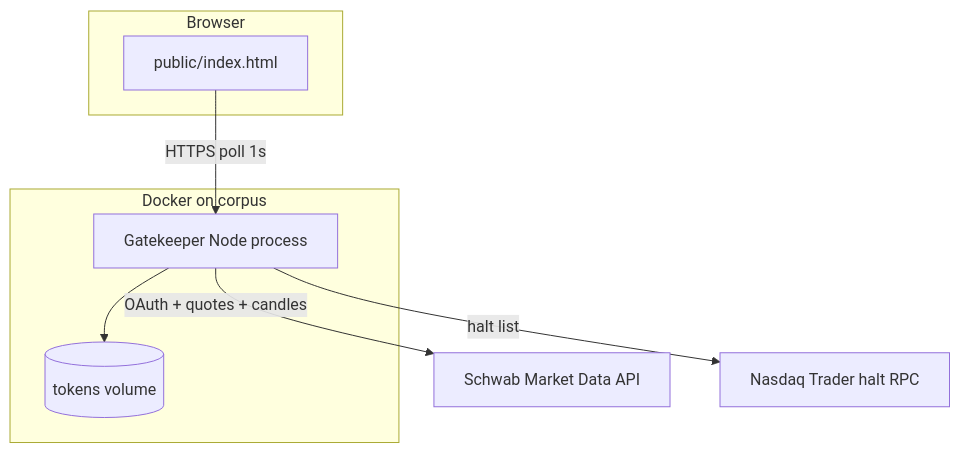
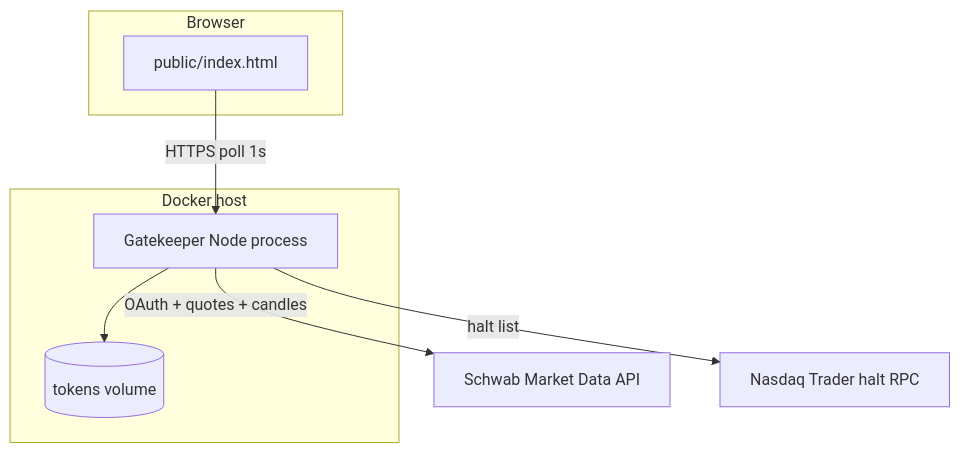
The first of 2 diagrams in TECHNICAL_OVERVIEW.md (Arkesion/GateKeeper), drawn with Mermaid before and after one commit. The commit also changed other lines of this file and 3 other files, not shown here.

````diff
--- a/TECHNICAL_OVERVIEW.md
+++ b/TECHNICAL_OVERVIEW.md
@@ -41,16 +40,16 @@
 ```mermaid
 flowchart TB
   subgraph client [Browser]
     UI[public/index.html]
   end
-  subgraph host [Docker on corpus]
+  subgraph host [Docker host]
     GK[Gatekeeper Node process]
     Vol[(tokens volume)]
   end
   Schwab[Schwab Market Data API]
   Nasdaq[Nasdaq Trader halt RPC]
   UI -->|HTTPS poll 1s| GK
   GK --> Vol
   GK -->|OAuth + quotes + candles| Schwab
   GK -->|halt list| Nasdaq
 ```
````
